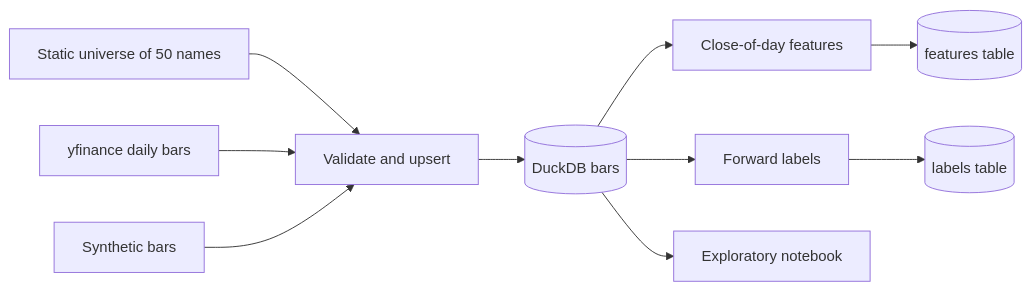
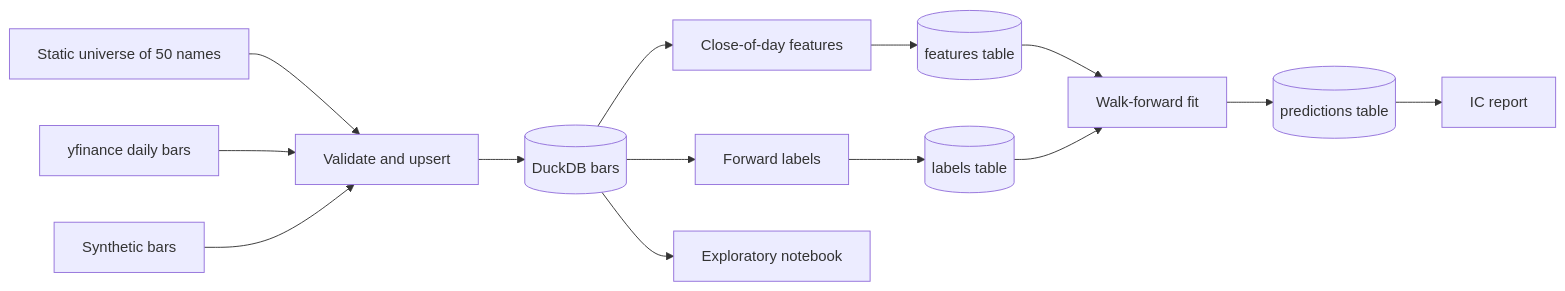
The diagram in docs/DESIGN_DECISIONS.md (julianthant/driftwood), drawn with Mermaid before and after one commit. The commit also changed other lines of this file and 2 other files, not shown here.

Commit message:
docs: explain walk-forward validation and the information coefficient

````diff
--- a/docs/DESIGN_DECISIONS.md
+++ b/docs/DESIGN_DECISIONS.md
@@ -22,23 +22,30 @@
 ```mermaid
 flowchart LR
   universe[Static universe of 50 names]
   yfinance[yfinance daily bars]
   synthetic[Synthetic bars]
   ingest[Validate and upsert]
   bars[(DuckDB bars)]
   featfn[Close-of-day features]
   labelfn[Forward labels]
   features[(features table)]
   labels[(labels table)]
+  train[Walk-forward fit]
+  predictions[(predictions table)]
+  report[IC report]
   notebook[Exploratory notebook]
 
   universe --> ingest
   yfinance --> ingest
   synthetic --> ingest
   ingest --> bars
   bars --> featfn
   bars --> labelfn
   featfn --> features
   labelfn --> labels
+  features --> train
+  labels --> train
+  train --> predictions
+  predictions --> report
   bars --> notebook
 ```
````
